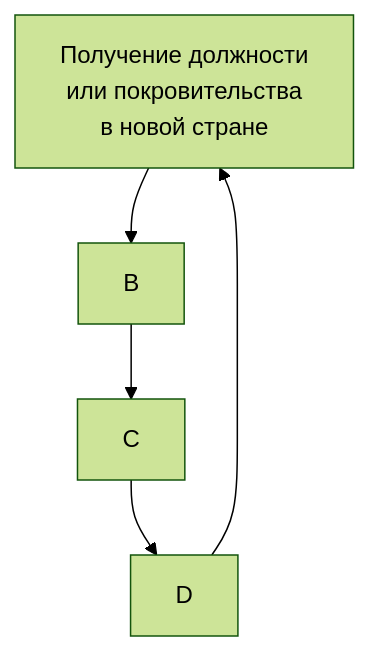
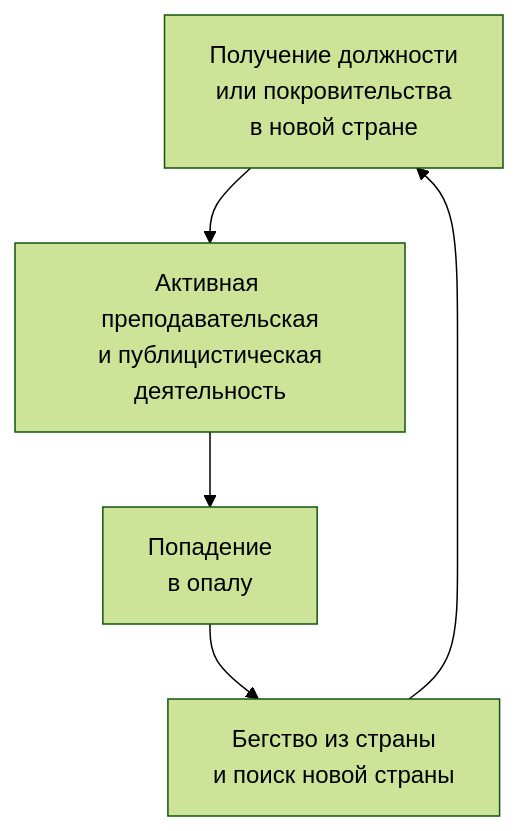
One commit to maxidukov/test_md changed the diagram in README.md. Above: the diagram before and after it, drawn with Mermaid (forest theme).

Commit message:
Complete flowchart in README.md

````diff
--- a/README.md
+++ b/README.md
@@ -31,7 +31,7 @@
 ```mermaid
 graph TD;
     A[Получение должности<br />или покровительства<br />в новой стране]-->B;
-    D-->A;
-    B-->C;
-    C-->D;
+    B[Активная преподавательская<br />и публицистическая<br />деятельность]-->C;
+    C[Попадение<br />в опалу]-->D;
+    D[Бегство из страны<br />и поиск новой страны]-->A;
 ```
````
